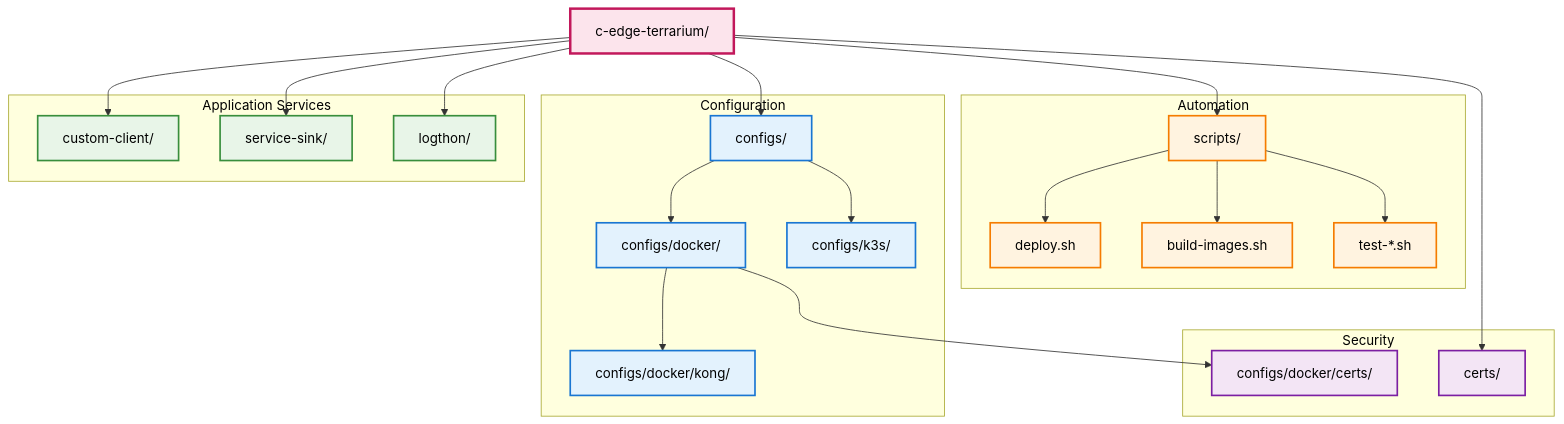
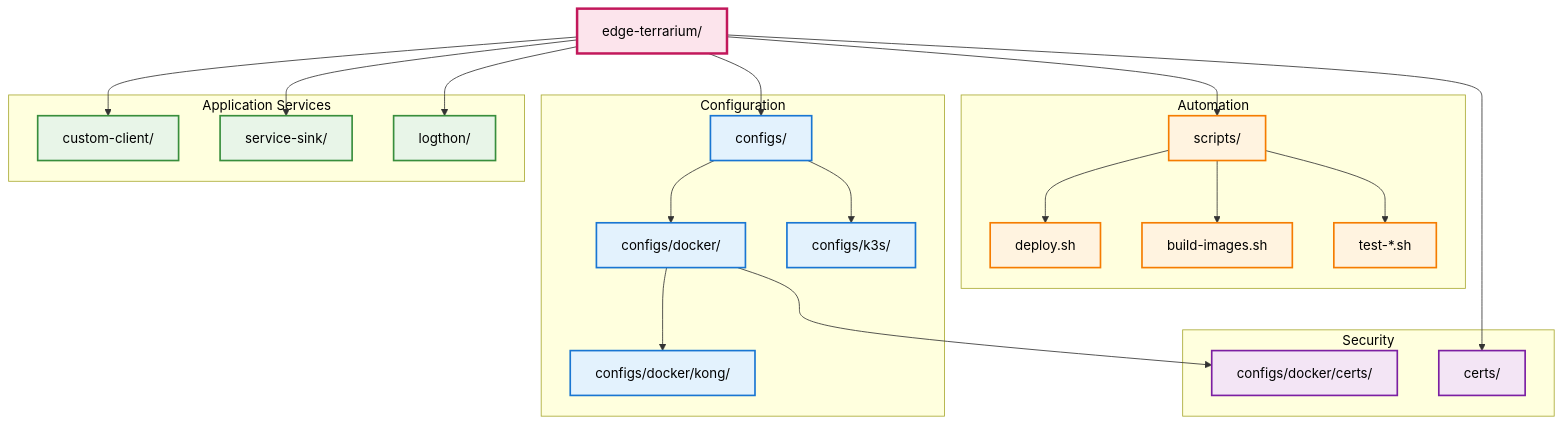
The eighth of 9 diagrams in README.md (aztechead/edge-terrarium), drawn with Mermaid before and after one commit. The commit also changed other lines of this file and 3 other files, not shown here.

````diff
--- a/README.md
+++ b/README.md
@@ -1577,58 +1577,58 @@
 ```mermaid
 %%{init: {'themeVariables': {'darkMode': true}}}%%
 flowchart TD
-    ROOT[c-edge-terrarium/]
+    ROOT[edge-terrarium/]
     
     subgraph "Application Services"
         CC[custom-client/]
         SS[service-sink/]
         LT[logthon/]
     end
     
     subgraph "Configuration"
         CONFIG[configs/]
         DOCKER[configs/docker/]
         K3S[configs/k3s/]
         KONG[configs/docker/kong/]
     end
     
     subgraph "Automation"
         SCRIPTS[scripts/]
         DEPLOY[deploy.sh]
         BUILD[build-images.sh]
         TEST[test-*.sh]
     end
     
     subgraph "Security"
         CERTS[certs/]
         DOCKER_CERTS[configs/docker/certs/]
     end
     
     ROOT --> CC
     ROOT --> SS
     ROOT --> LT
     ROOT --> CONFIG
     ROOT --> SCRIPTS
     ROOT --> CERTS
     
     CONFIG --> DOCKER
     CONFIG --> K3S
     DOCKER --> KONG
     DOCKER --> DOCKER_CERTS
     
     SCRIPTS --> DEPLOY
     SCRIPTS --> BUILD
     SCRIPTS --> TEST
     
     classDef app fill:#e8f5e8,stroke:#388e3c,stroke-width:2px,color:#000
     classDef config fill:#e3f2fd,stroke:#1976d2,stroke-width:2px,color:#000
     classDef script fill:#fff3e0,stroke:#f57c00,stroke-width:2px,color:#000
     classDef security fill:#f3e5f5,stroke:#7b1fa2,stroke-width:2px,color:#000
     classDef root fill:#fce4ec,stroke:#c2185b,stroke-width:3px,color:#000
     
     class CC,SS,LT app
     class CONFIG,DOCKER,K3S,KONG config
     class SCRIPTS,DEPLOY,BUILD,TEST script
     class CERTS,DOCKER_CERTS security
     class ROOT root
 ```
````
